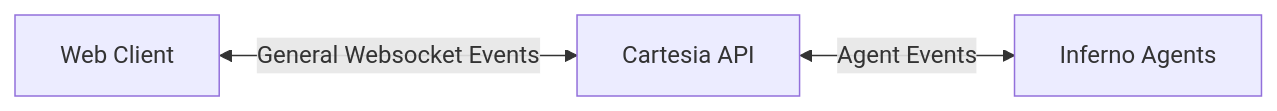
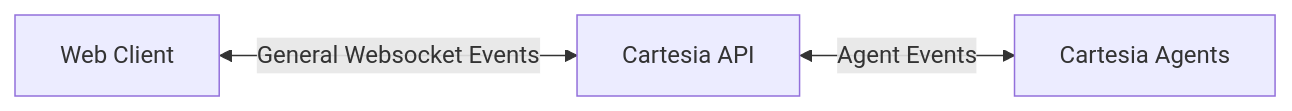
The diagram in fern/agents/integrations/web-calls.mdx (cartesia-ai/docs), drawn with Mermaid before and after one commit.

````diff
--- a/fern/agents/integrations/web-calls.mdx
+++ b/fern/agents/integrations/web-calls.mdx
@@ -5,5 +5,5 @@
 ```mermaid
 graph LR
     A1[Web Client] <-->|General Websocket Events| B[Cartesia API]
-    B <-->|Agent Events| C[Inferno Agents]
+    B <-->|Agent Events| C[Cartesia Agents]
 ```
````
